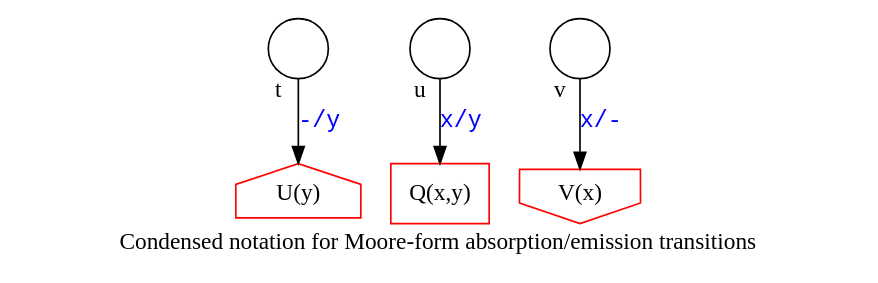
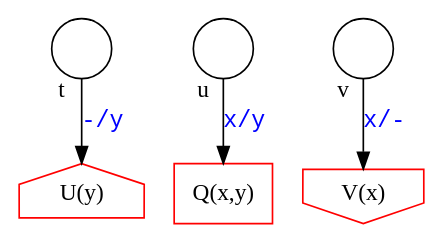
Before and after one commit to ihh/transducer-tutorial: the diagram in condensed-emission.dot, drawn with Graphviz. The commit also changed 35 other files, not shown here.

Commit message:
Moving to automatic generation of state diagrams

```diff
--- a/condensed-emission.dot
+++ b/condensed-emission.dot
@@ -1,21 +1,21 @@
 digraph G {
 
     S [label="", shape=circle];
 
     I [label="U(y)", shape=house, color=red];
 
     W [label="", shape=circle];
     X [label="", shape=circle];
 
     M [label="Q(x,y)", shape=rect, color=red];
 
     D [label="V(x)", shape=invhouse, color=red];
 
 S->I [label="-/y" taillabel="t" labelangle=300 labeldistance=1.4 fontcolor="blue" labelfontcolor="black" fontname="Courier" labelfontname="Times"];
 
 W->M [label="x/y" taillabel="u" labelangle=300 labeldistance=1.4 fontcolor="blue" labelfontcolor="black" fontname="Courier" labelfontname="Times"];
 
 X->D [label="x/-" taillabel="v" labelangle=300 labeldistance=1.4 fontcolor="blue" labelfontcolor="black" fontname="Courier" labelfontname="Times"];
 
-    label="Condensed notation for Moore-form absorption/emission transitions";
+
 }
```
